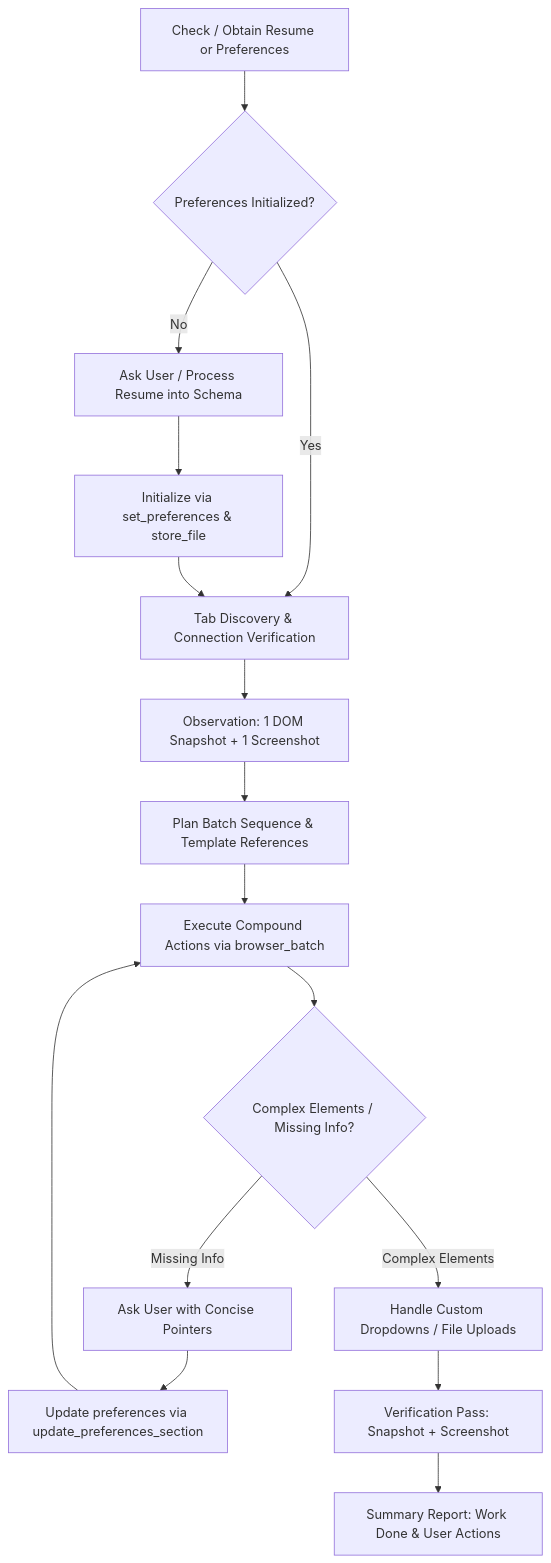
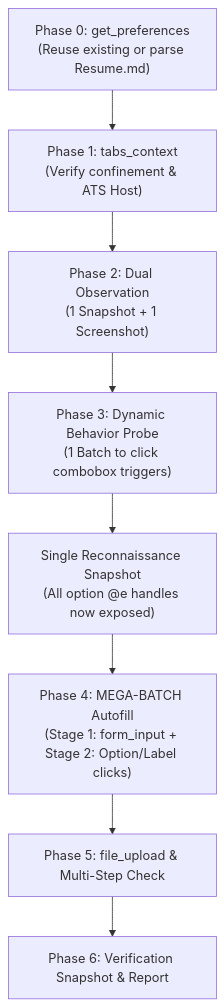
Before and after one commit to fschatbot/Resumate: the diagram in .agents/skills/autoresume-job-autofill/SKILL.md, drawn with Mermaid. The commit also changed other lines of this file and 6 other files, not shown here.

````diff
--- a/.agents/skills/autoresume-job-autofill/SKILL.md
+++ b/.agents/skills/autoresume-job-autofill/SKILL.md
@@ -15,18 +47,10 @@
 ```mermaid
 flowchart TD
-    A["Check / Obtain Resume or Preferences"] --> B{"Preferences Initialized?"}
-    B -->|"No"| C["Ask User / Process Resume into Schema"]
-    C --> D["Initialize via set_preferences & store_file"]
-    B -->|"Yes"| E["Tab Discovery & Connection Verification"]
-    D --> E
-    E --> F["Observation: 1 DOM Snapshot + 1 Screenshot"]
-    F --> G["Plan Batch Sequence & Template References"]
-    G --> H["Execute Compound Actions via browser_batch"]
-    H --> I{"Complex Elements / Missing Info?"}
-    I -->|"Missing Info"| J["Ask User with Concise Pointers"]
-    J --> K["Update preferences via update_preferences_section"]
-    K --> H
-    I -->|"Complex Elements"| L["Handle Custom Dropdowns / File Uploads"]
-    L --> M["Verification Pass: Snapshot + Screenshot"]
-    M --> N["Summary Report: Work Done & User Actions"]
+    A["Phase 0: get_preferences<br/>(Reuse existing or parse Resume.md)"] --> B["Phase 1: tabs_context<br/>(Verify confinement & ATS Host)"]
+    B --> C["Phase 2: Dual Observation<br/>(1 Snapshot + 1 Screenshot)"]
+    C --> D["Phase 3: Dynamic Behavior Probe<br/>(1 Batch to click combobox triggers)"]
+    D --> E["Single Reconnaissance Snapshot<br/>(All option @e handles now exposed)"]
+    E --> F["Phase 4: MEGA-BATCH Autofill<br/>(Stage 1: form_input + Stage 2: Option/Label clicks)"]
+    F --> G["Phase 5: file_upload & Multi-Step Check"]
+    G --> H["Phase 6: Verification Snapshot & Report"]
 ```
````
